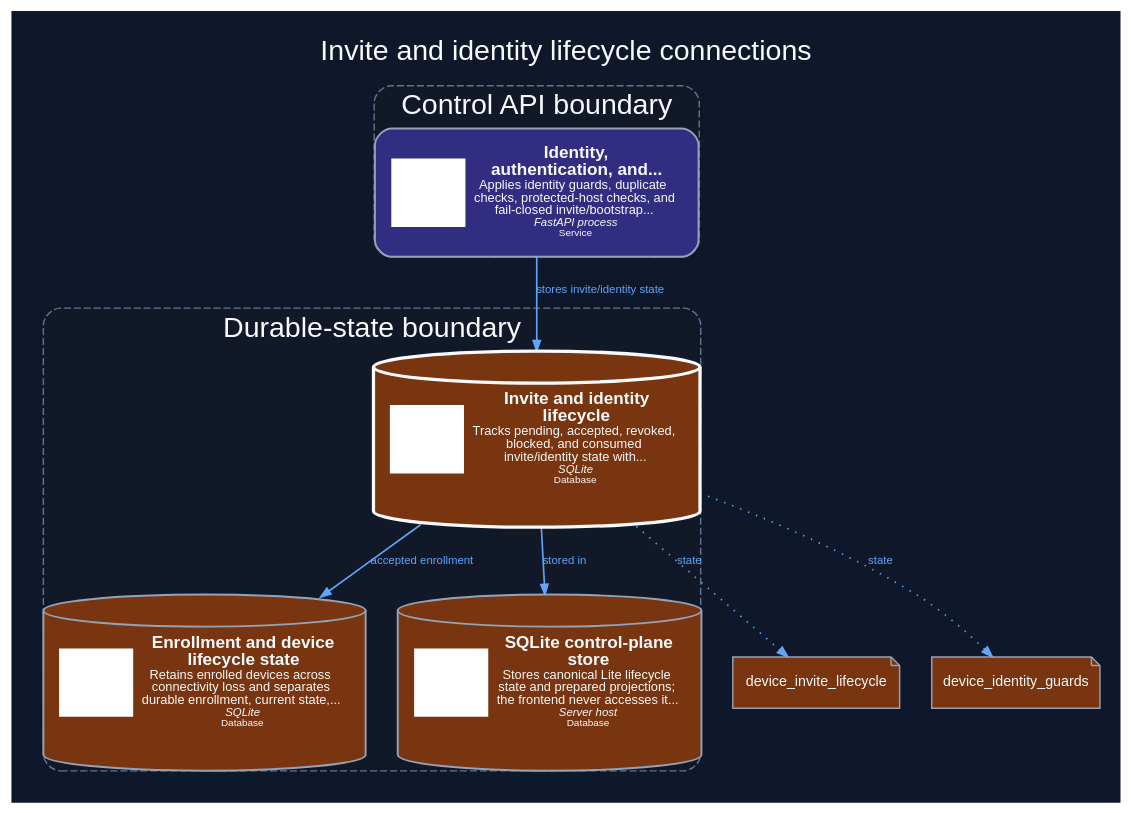
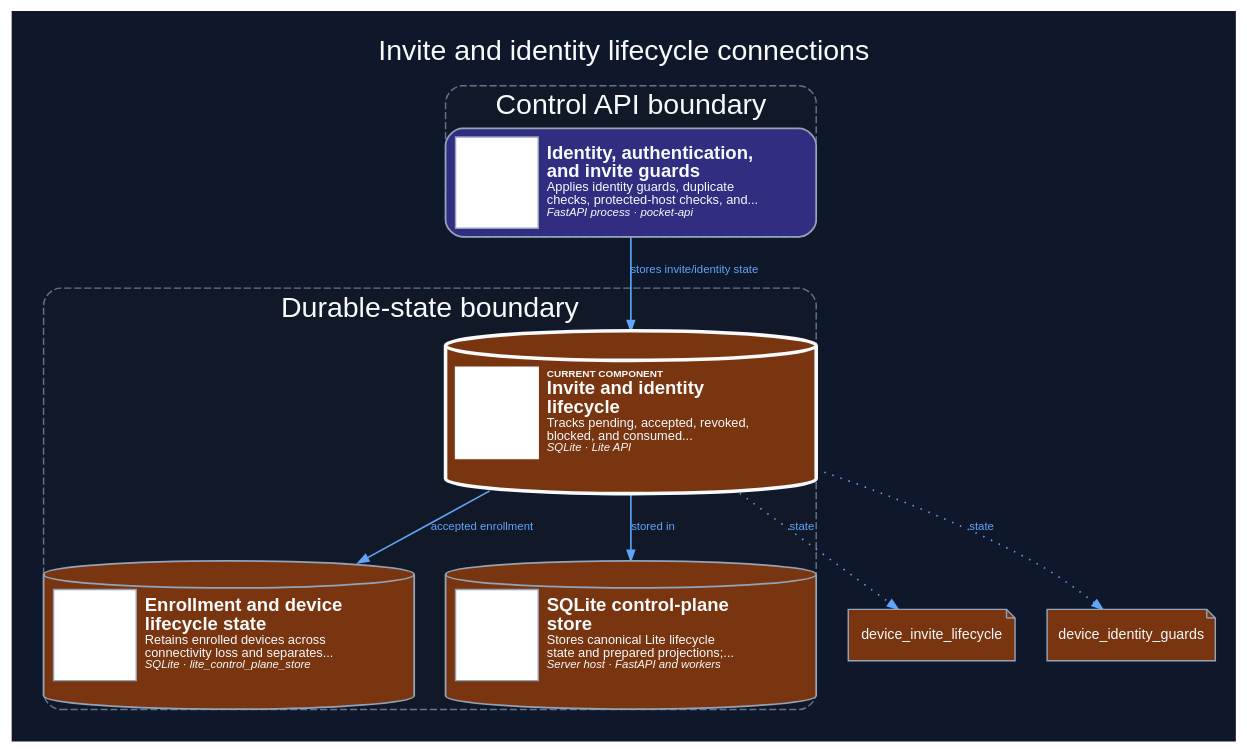
Before and after one commit to dexter-lab-ctrl/pocket-lab-lite: the diagram in docs/assets/diagrams/production/components/invite-state.dark.dot, drawn with Graphviz. The commit also changed 353 other files, not shown here.

Commit message:
docs: polish architecture diagrams and stabilize validation (#466)

```diff
--- a/docs/assets/diagrams/production/components/invite-state.dark.dot
+++ b/docs/assets/diagrams/production/components/invite-state.dark.dot
@@ -1,62 +1,62 @@
 digraph component_invite_state {
   graph [
     rankdir="TB",
     splines="spline",
     compound="true",
     newrank="true",
     nodesep="0.30",
     ranksep="0.52",
     ratio="compress",
     pad="0.20",
     margin="0",
     outputorder="edgesfirst",
     bgcolor="#0f172a",
     fontcolor="#f8fafc",
     fontname="Arial",
     label="Invite and identity lifecycle connections",
     labelloc="t",
     fontsize="20"
   ];
   node [
     fontname="Arial",
     fontsize="10",
     color="#94a3b8",
     fontcolor="#f8fafc",
     margin="0.12,0.08"
   ];
   edge [
     fontname="Arial",
     fontsize="8",
     color="#94a3b8",
     fontcolor="#cbd5e1",
     arrowsize="0.72",
     penwidth="1.15"
   ];
   subgraph "cluster_control-api" {
     label="Control API boundary";
     style="rounded,dashed,filled";
     color="#64748b";
     fillcolor="#111827";
     fontcolor="#f8fafc";
     penwidth="1.0";
-    "api-guards" [label=<<TABLE BORDER="0" CELLBORDER="0" CELLPADDING="4"><TR><TD FIXEDSIZE="TRUE" WIDTH="52" HEIGHT="48" BGCOLOR="#FFFFFF"> </TD><TD ALIGN="LEFT"><FONT POINT-SIZE="12"><B>Identity,<BR/>authentication, and...</B></FONT><BR/><FONT POINT-SIZE="9">Applies identity guards, duplicate<BR/>checks, protected-host checks, and<BR/>fail-closed invite/bootstrap...</FONT><BR/><FONT POINT-SIZE="8"><I>FastAPI process</I></FONT><BR/><FONT POINT-SIZE="7.5">Service</FONT></TD></TR></TABLE>>, shape="box", style="rounded,filled", fillcolor="#312e81", color="#94a3b8", fontcolor="#f8fafc", penwidth="1.35", tooltip="Identity, authentication, and invite guards. Applies identity guards, duplicate checks, protected-host checks, and fail-closed invite/bootstrap acceptance.", URL="../../../../generated/production/architecture/components/api-guards/", target="_top"];
+    "api-guards" [label=<<TABLE BORDER="0" CELLBORDER="0" CELLSPACING="0" CELLPADDING="6"><TR><TD FIXEDSIZE="TRUE" WIDTH="58" HEIGHT="64" ALIGN="CENTER" VALIGN="MIDDLE" BORDER="1" BGCOLOR="#FFFFFF" HREF="#PLICON__api-guards" TITLE="Architecture icon anchor"><FONT POINT-SIZE="1">&#160;</FONT></TD><TD WIDTH="188" ALIGN="LEFT" BALIGN="LEFT" VALIGN="MIDDLE"><FONT POINT-SIZE="13"><B>Identity, authentication,<BR/>and invite guards</B></FONT><BR/><FONT POINT-SIZE="9">Applies identity guards, duplicate<BR/>checks, protected-host checks, and...</FONT><BR/><FONT POINT-SIZE="8"><I>FastAPI process · pocket-api</I></FONT></TD></TR></TABLE>>, shape="box", style="rounded,filled", fillcolor="#312e81", color="#94a3b8", fontcolor="#f8fafc", penwidth="1.25", tooltip="Identity, authentication, and invite guards. Applies identity guards, duplicate checks, protected-host checks, and fail-closed invite/bootstrap acceptance.", URL="../../../../generated/production/architecture/components/api-guards/", target="_top", margin="0.10,0.08"];
   }
   subgraph "cluster_durable-state" {
     label="Durable-state boundary";
     style="rounded,dashed,filled";
     color="#64748b";
     fillcolor="#111827";
     fontcolor="#f8fafc";
     penwidth="1.0";
-    "device-state" [label=<<TABLE BORDER="0" CELLBORDER="0" CELLPADDING="4"><TR><TD FIXEDSIZE="TRUE" WIDTH="52" HEIGHT="48" BGCOLOR="#FFFFFF"> </TD><TD ALIGN="LEFT"><FONT POINT-SIZE="12"><B>Enrollment and device<BR/>lifecycle state</B></FONT><BR/><FONT POINT-SIZE="9">Retains enrolled devices across<BR/>connectivity loss and separates<BR/>durable enrollment, current state,...</FONT><BR/><FONT POINT-SIZE="8"><I>SQLite</I></FONT><BR/><FONT POINT-SIZE="7.5">Database</FONT></TD></TR></TABLE>>, shape="cylinder", style="rounded,filled", fillcolor="#78350f", color="#94a3b8", fontcolor="#f8fafc", penwidth="1.35", tooltip="Enrollment and device lifecycle state. Retains enrolled devices across connectivity loss and separates durable enrollment, current state, health, supervisor state, and recovery history.", URL="../../../../generated/production/architecture/components/device-state/", target="_top"];
-    "invite-state" [label=<<TABLE BORDER="0" CELLBORDER="0" CELLPADDING="4"><TR><TD FIXEDSIZE="TRUE" WIDTH="52" HEIGHT="48" BGCOLOR="#FFFFFF"> </TD><TD ALIGN="LEFT"><FONT POINT-SIZE="12"><B>Invite and identity<BR/>lifecycle</B></FONT><BR/><FONT POINT-SIZE="9">Tracks pending, accepted, revoked,<BR/>blocked, and consumed<BR/>invite/identity state with...</FONT><BR/><FONT POINT-SIZE="8"><I>SQLite</I></FONT><BR/><FONT POINT-SIZE="7.5">Database</FONT></TD></TR></TABLE>>, shape="cylinder", style="rounded,filled,bold", fillcolor="#78350f", color="#f8fafc", fontcolor="#f8fafc", penwidth="2.3", tooltip="Invite and identity lifecycle. Tracks pending, accepted, revoked, blocked, and consumed invite/identity state with duplicate and mismatch guards.", URL="../../../../generated/production/architecture/components/invite-state/", target="_top"];
-    "sqlite" [label=<<TABLE BORDER="0" CELLBORDER="0" CELLPADDING="4"><TR><TD FIXEDSIZE="TRUE" WIDTH="52" HEIGHT="48" BGCOLOR="#FFFFFF"> </TD><TD ALIGN="LEFT"><FONT POINT-SIZE="12"><B>SQLite control-plane<BR/>store</B></FONT><BR/><FONT POINT-SIZE="9">Stores canonical Lite lifecycle<BR/>state and prepared projections;<BR/>the frontend never accesses it...</FONT><BR/><FONT POINT-SIZE="8"><I>Server host</I></FONT><BR/><FONT POINT-SIZE="7.5">Database</FONT></TD></TR></TABLE>>, shape="cylinder", style="rounded,filled", fillcolor="#78350f", color="#94a3b8", fontcolor="#f8fafc", penwidth="1.35", tooltip="SQLite control-plane store. Stores canonical Lite lifecycle state and prepared projections; the frontend never accesses it directly.", URL="../../../../generated/production/architecture/components/sqlite/", target="_top"];
+    "device-state" [label=<<TABLE BORDER="0" CELLBORDER="0" CELLSPACING="0" CELLPADDING="6"><TR><TD FIXEDSIZE="TRUE" WIDTH="58" HEIGHT="64" ALIGN="CENTER" VALIGN="MIDDLE" BORDER="1" BGCOLOR="#FFFFFF" HREF="#PLICON__device-state" TITLE="Architecture icon anchor"><FONT POINT-SIZE="1">&#160;</FONT></TD><TD WIDTH="188" ALIGN="LEFT" BALIGN="LEFT" VALIGN="MIDDLE"><FONT POINT-SIZE="13"><B>Enrollment and device<BR/>lifecycle state</B></FONT><BR/><FONT POINT-SIZE="9">Retains enrolled devices across<BR/>connectivity loss and separates...</FONT><BR/><FONT POINT-SIZE="8"><I>SQLite · lite_control_plane_store</I></FONT></TD></TR></TABLE>>, shape="cylinder", style="rounded,filled", fillcolor="#78350f", color="#94a3b8", fontcolor="#f8fafc", penwidth="1.25", tooltip="Enrollment and device lifecycle state. Retains enrolled devices across connectivity loss and separates durable enrollment, current state, health, supervisor state, and recovery history.", URL="../../../../generated/production/architecture/components/device-state/", target="_top", margin="0.10,0.08"];
+    "invite-state" [label=<<TABLE BORDER="0" CELLBORDER="0" CELLSPACING="0" CELLPADDING="6"><TR><TD FIXEDSIZE="TRUE" WIDTH="58" HEIGHT="64" ALIGN="CENTER" VALIGN="MIDDLE" BORDER="1" BGCOLOR="#FFFFFF" HREF="#PLICON__invite-state" TITLE="Architecture icon anchor"><FONT POINT-SIZE="1">&#160;</FONT></TD><TD WIDTH="188" ALIGN="LEFT" BALIGN="LEFT" VALIGN="MIDDLE"><FONT POINT-SIZE="7"><B>CURRENT COMPONENT</B></FONT><BR/><FONT POINT-SIZE="13"><B>Invite and identity<BR/>lifecycle</B></FONT><BR/><FONT POINT-SIZE="9">Tracks pending, accepted, revoked,<BR/>blocked, and consumed...</FONT><BR/><FONT POINT-SIZE="8"><I>SQLite · Lite API</I></FONT></TD></TR></TABLE>>, shape="cylinder", style="rounded,filled,bold", fillcolor="#78350f", color="#f8fafc", fontcolor="#f8fafc", penwidth="2.5", tooltip="Invite and identity lifecycle. Tracks pending, accepted, revoked, blocked, and consumed invite/identity state with duplicate and mismatch guards.", URL="../../../../generated/production/architecture/components/invite-state/", target="_top", margin="0.10,0.08"];
+    "sqlite" [label=<<TABLE BORDER="0" CELLBORDER="0" CELLSPACING="0" CELLPADDING="6"><TR><TD FIXEDSIZE="TRUE" WIDTH="58" HEIGHT="64" ALIGN="CENTER" VALIGN="MIDDLE" BORDER="1" BGCOLOR="#FFFFFF" HREF="#PLICON__sqlite" TITLE="Architecture icon anchor"><FONT POINT-SIZE="1">&#160;</FONT></TD><TD WIDTH="188" ALIGN="LEFT" BALIGN="LEFT" VALIGN="MIDDLE"><FONT POINT-SIZE="13"><B>SQLite control-plane<BR/>store</B></FONT><BR/><FONT POINT-SIZE="9">Stores canonical Lite lifecycle<BR/>state and prepared projections;...</FONT><BR/><FONT POINT-SIZE="8"><I>Server host · FastAPI and workers</I></FONT></TD></TR></TABLE>>, shape="cylinder", style="rounded,filled", fillcolor="#78350f", color="#94a3b8", fontcolor="#f8fafc", penwidth="1.25", tooltip="SQLite control-plane store. Stores canonical Lite lifecycle state and prepared projections; the frontend never accesses it directly.", URL="../../../../generated/production/architecture/components/sqlite/", target="_top", margin="0.10,0.08"];
   }
   "invite-state" -> "device-state" [label="accepted enrollment", tooltip="accepted enrollment (SQLite)", style="solid", arrowhead="normal", color="#60a5fa", fontcolor="#60a5fa", penwidth="1.15", arrowsize="0.72"];
   "invite-state" -> "sqlite" [label="stored in", tooltip="stored in (SQLite)", style="solid", arrowhead="normal", color="#60a5fa", fontcolor="#60a5fa", penwidth="1.15", arrowsize="0.72"];
   "api-guards" -> "invite-state" [label="stores invite/identity state", tooltip="stores invite/identity state (SQLite)", style="solid", arrowhead="normal", color="#60a5fa", fontcolor="#60a5fa", penwidth="1.15", arrowsize="0.72"];
   "state_dependency_0" [label="device_invite_lifecycle", shape="note", style="filled", fillcolor="#78350f", color="#94a3b8", fontcolor="#f8fafc", tooltip="Durable-state dependency"];
   "invite-state" -> "state_dependency_0" [label="state", style="dotted", color="#60a5fa", fontcolor="#60a5fa"];
   "state_dependency_1" [label="device_identity_guards", shape="note", style="filled", fillcolor="#78350f", color="#94a3b8", fontcolor="#f8fafc", tooltip="Durable-state dependency"];
   "invite-state" -> "state_dependency_1" [label="state", style="dotted", color="#60a5fa", fontcolor="#60a5fa"];
 }
```
